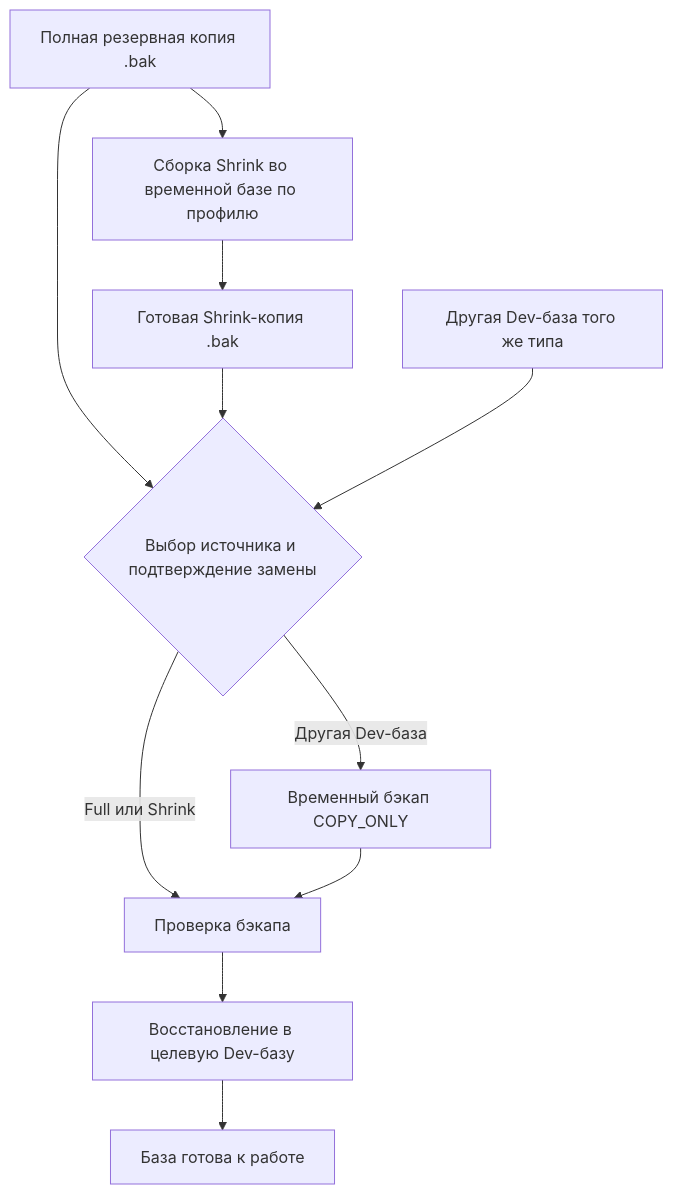
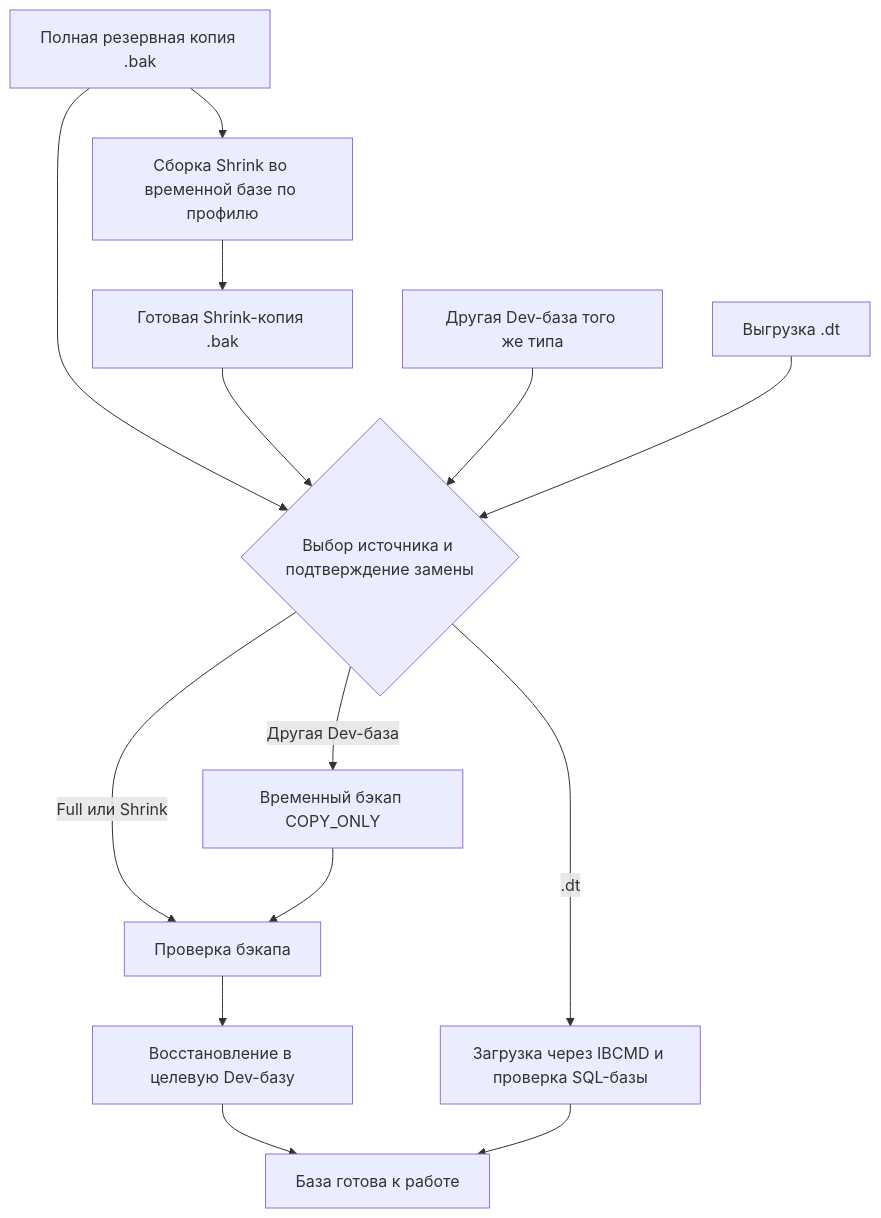
One commit to Xelgo/devrefresh changed the diagram in README.md. Above: the diagram before and after it, drawn with Mermaid. The commit also changed other lines of this file and 26 other files, not shown here.

````diff
--- a/README.md
+++ b/README.md
@@ -9,11 +9,13 @@
 ```mermaid
 flowchart TD
     full["Полная резервная копия .bak"] --> choose{"Выбор источника и подтверждение замены"}
     full --> shrink["Сборка Shrink во временной базе по профилю"]
     shrink --> ready["Готовая Shrink-копия .bak"] --> choose
     source["Другая Dev-база того же типа"] --> choose
+    dt["Выгрузка .dt"] --> choose
     choose -->|Full или Shrink| verify["Проверка бэкапа"]
     choose -->|Другая Dev-база| temp["Временный бэкап COPY_ONLY"] --> verify
     verify --> restore["Восстановление в целевую Dev-базу"]
     restore --> done["База готова к работе"]
+    choose -->|.dt| ibcmd["Загрузка через IBCMD и проверка SQL-базы"] --> done
 ```
````
